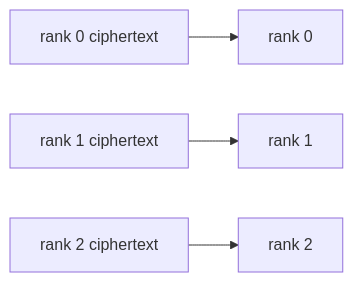
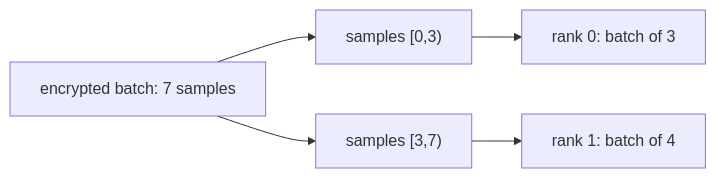
One commit to visualDust/fhelium changed the diagram in docs/tutorial/spmd-independent-ciphertexts.md. Above: the diagram before and after it, drawn with Mermaid. The commit also changed other lines of this file and 426 other files, not shown here.

````diff
--- a/docs/tutorial/spmd-independent-ciphertexts.md
+++ b/docs/tutorial/spmd-independent-ciphertexts.md
@@ -72,6 +68,7 @@
 ```mermaid
 flowchart LR
-    ciphertext0["rank 0 ciphertext"] --> rank0["rank 0"]
-    ciphertext1["rank 1 ciphertext"] --> rank1["rank 1"]
-    ciphertext2["rank 2 ciphertext"] --> rank2["rank 2"]
+    batch["encrypted batch: 7 samples"] --> part0["samples [0,3)"]
+    batch --> part1["samples [3,7)"]
+    part0 --> rank0["rank 0: batch of 3"]
+    part1 --> rank1["rank 1: batch of 4"]
 ```
````
